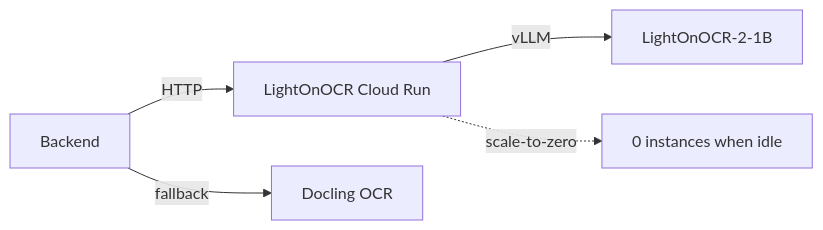
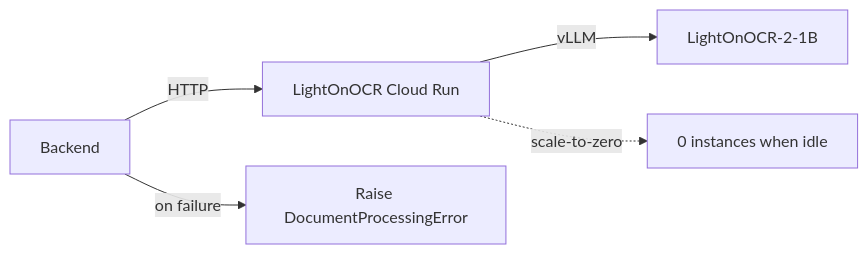
Before and after one commit to gregorydickson/loan: the third of 7 diagrams in docs/SYSTEM_DESIGN.md, drawn with Mermaid. The commit also changed other lines of this file, not shown here.

````diff
--- a/docs/SYSTEM_DESIGN.md
+++ b/docs/SYSTEM_DESIGN.md
@@ -164,7 +188,7 @@
 ```mermaid
 flowchart LR
     A[Backend] -->|HTTP| B[LightOnOCR Cloud Run]
     B -->|vLLM| C[LightOnOCR-2-1B]
-    A -->|fallback| D[Docling OCR]
+    A -->|on failure| D[Raise DocumentProcessingError]
     B -.->|scale-to-zero| E[0 instances when idle]
 ```
````
